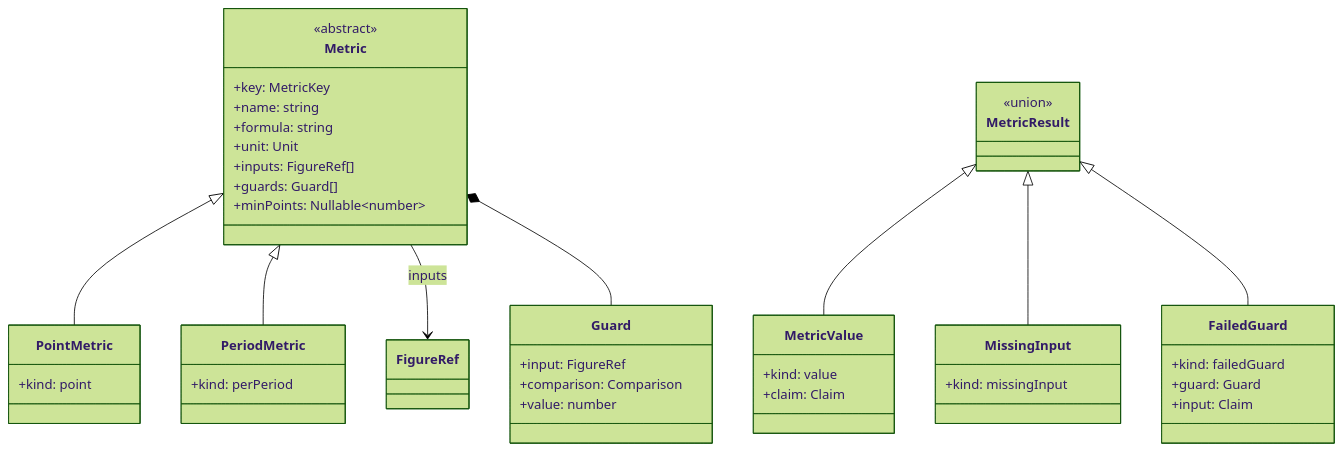
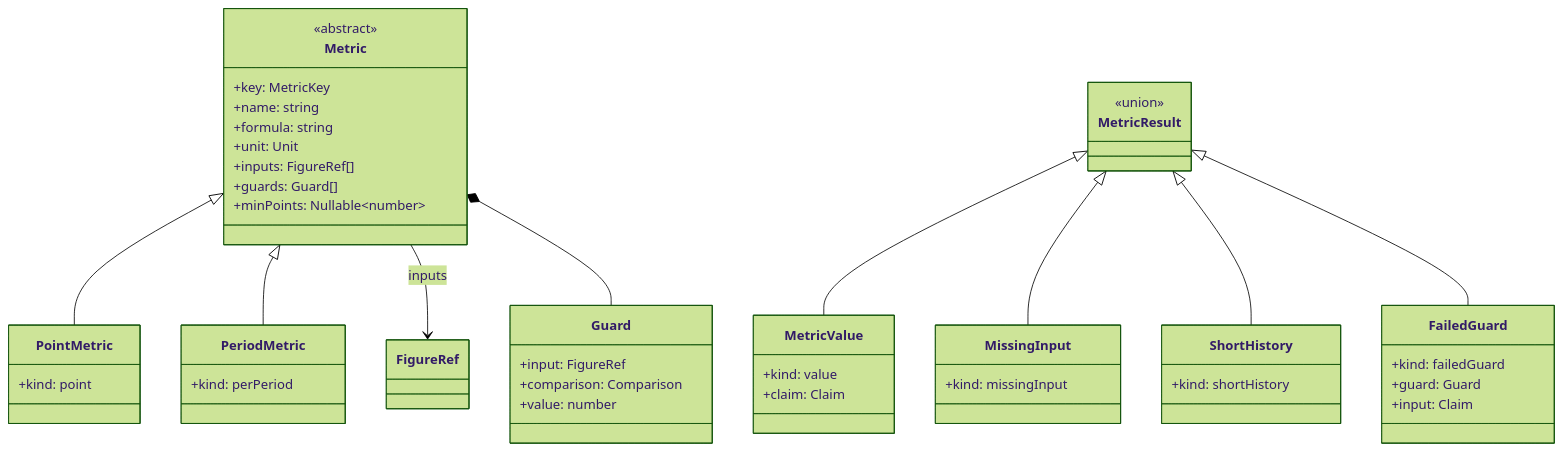
The sixth of 7 diagrams in design/uml_class_diagram/company_data_model.md (ironcapitaleu/frontend), drawn with Mermaid (forest theme) before and after one commit. The commit also changed other lines of this file, not shown here.

````diff
--- a/design/uml_class_diagram/company_data_model.md
+++ b/design/uml_class_diagram/company_data_model.md
@@ -677,46 +790,50 @@
 ```mermaid
 classDiagram
     class Metric {
         <<abstract>>
         +key: MetricKey
         +name: string
         +formula: string
         +unit: Unit
         +inputs: FigureRef[]
         +guards: Guard[]
         +minPoints: Nullable~number~
     }
     class PointMetric {
         +kind: point
     }
     class PeriodMetric {
         +kind: perPeriod
     }
     class Guard {
         +input: FigureRef
         +comparison: Comparison
         +value: number
     }
     class MetricResult {
         <<union>>
     }
     class MetricValue {
         +kind: value
         +claim: Claim
     }
     class MissingInput {
         +kind: missingInput
     }
+    class ShortHistory {
+        +kind: shortHistory
+    }
     class FailedGuard {
         +kind: failedGuard
         +guard: Guard
         +input: Claim
     }
     Metric <|-- PointMetric
     Metric <|-- PeriodMetric
     Metric --> FigureRef : inputs
     Metric *-- Guard
     MetricResult <|-- MetricValue
     MetricResult <|-- MissingInput
+    MetricResult <|-- ShortHistory
     MetricResult <|-- FailedGuard
 ```
````
